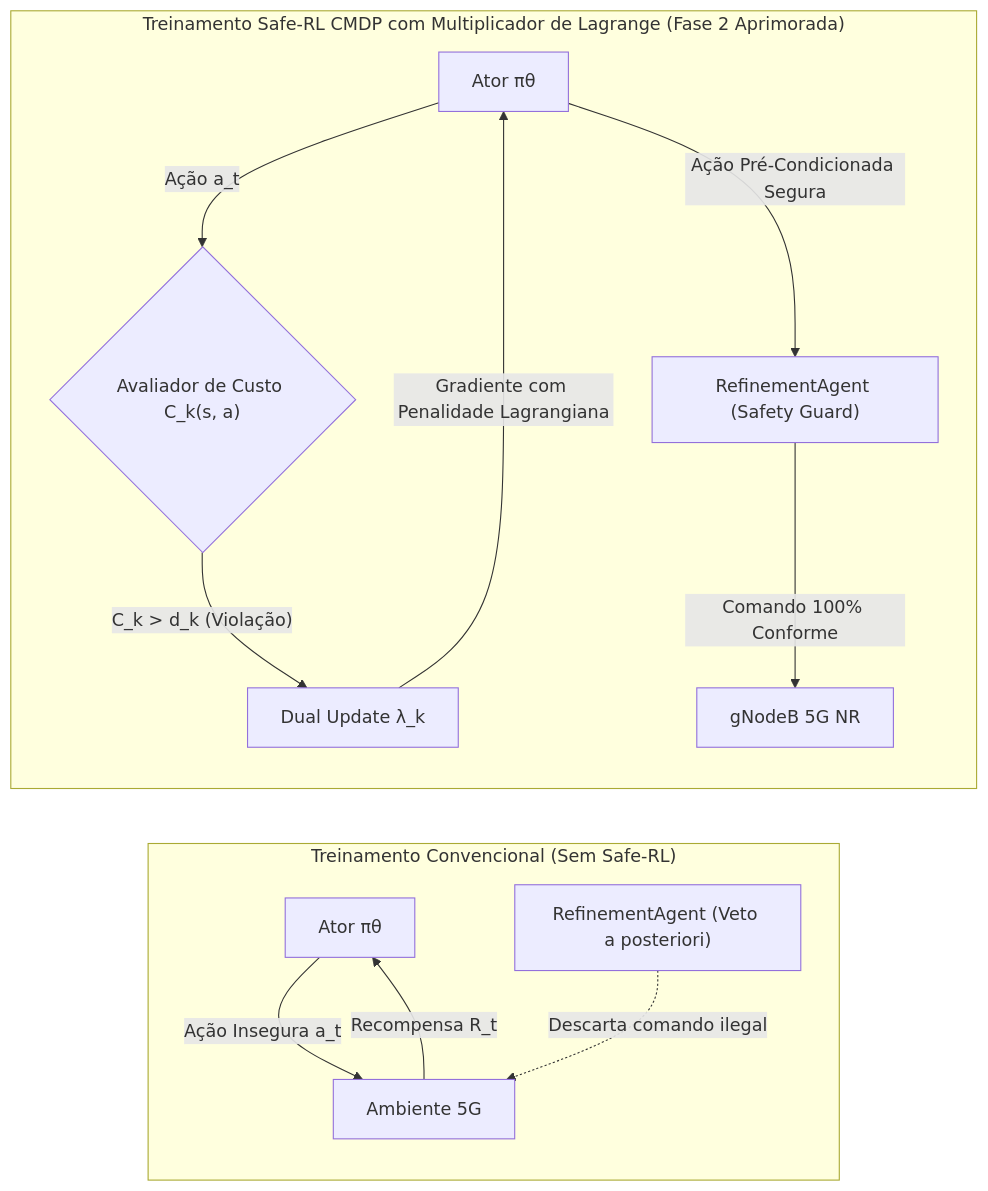
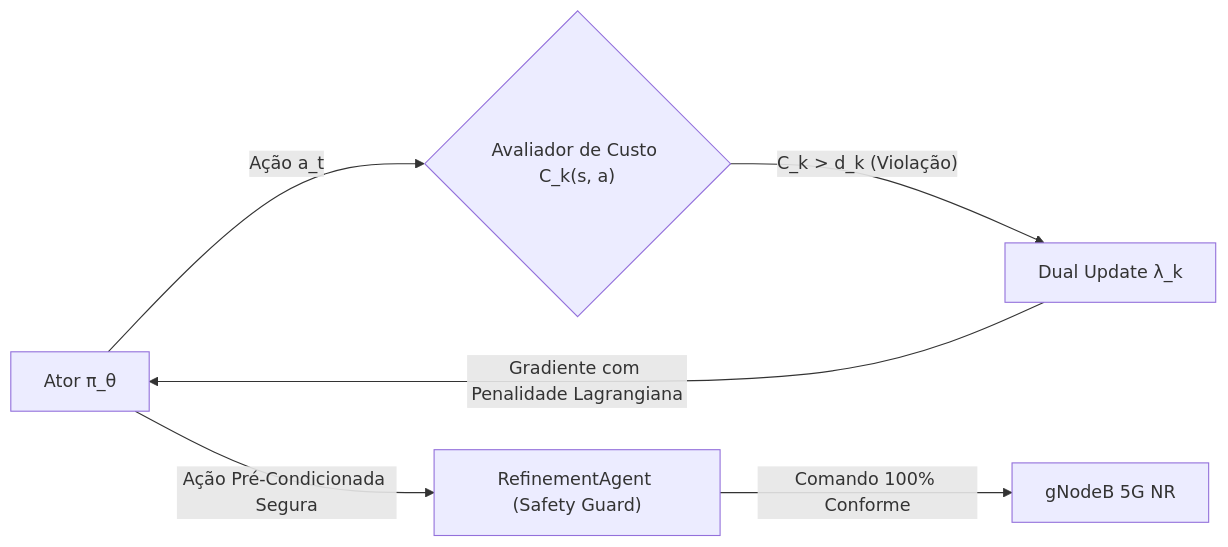
One commit to georgebarbosa3090/XApp-RDL-F2 changed the fifth of 9 diagrams in docs/13_relatorio_auditoria_limitacoes_e_solucoes_fase2.md. Above: the diagram before and after it, drawn with Mermaid. The commit also changed other lines of this file and 4 other files, not shown here.

Commit message:
docs: decouple architecture diagrams and fix all KaTeX/Markdown mathematical rendering errors

````diff
--- a/docs/13_relatorio_auditoria_limitacoes_e_solucoes_fase2.md
+++ b/docs/13_relatorio_auditoria_limitacoes_e_solucoes_fase2.md
@@ -102,16 +138,8 @@
 ```mermaid
-graph LR
-    subgraph Treinamento_Convencional["Treinamento Convencional (Sem Safe-RL)"]
-        A1["Ator &pi;&theta;"] -->|"Ação Insegura a_t"| ENV["Ambiente 5G"]
-        ENV -->|"Recompensa R_t"| A1
-        REF1["RefinementAgent (Veto a posteriori)"] -.->|"Descarta comando ilegal"| ENV
-    end
-
-    subgraph Treinamento_SafeRL["Treinamento Safe-RL CMDP com Multiplicador de Lagrange (Fase 2 Aprimorada)"]
-        A2["Ator &pi;&theta;"] -->|"Ação a_t"| CMDP{"Avaliador de Custo C_k(s, a)"}
-        CMDP -->|"C_k &gt; d_k (Violação)"| LAG["Dual Update &lambda;_k"]
-        LAG -->|"Gradiente com Penalidade Lagrangiana"| A2
-        A2 -->|"Ação Pré-Condicionada Segura"| REF2["RefinementAgent (Safety Guard)"]
-        REF2 -->|"Comando 100% Conforme"| GNB["gNodeB 5G NR"]
-    end
+flowchart LR
+    A2["Ator π_θ"] -->|"Ação a_t"| CMDP{"Avaliador de Custo C_k(s, a)"}
+    CMDP -->|"C_k > d_k (Violação)"| LAG["Dual Update λ_k"]
+    LAG -->|"Gradiente com Penalidade Lagrangiana"| A2
+    A2 -->|"Ação Pré-Condicionada Segura"| REF2["RefinementAgent (Safety Guard)"]
+    REF2 -->|"Comando 100% Conforme"| GNB["gNodeB 5G NR"]
 ```
````
